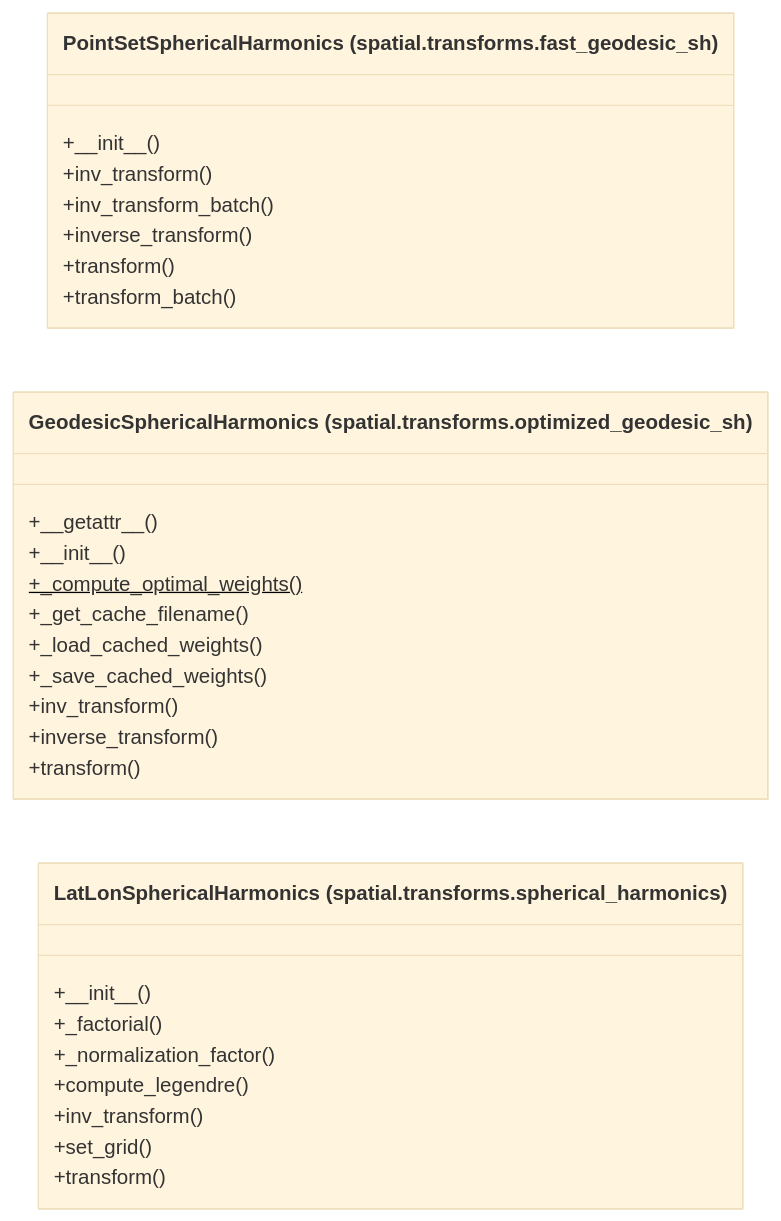
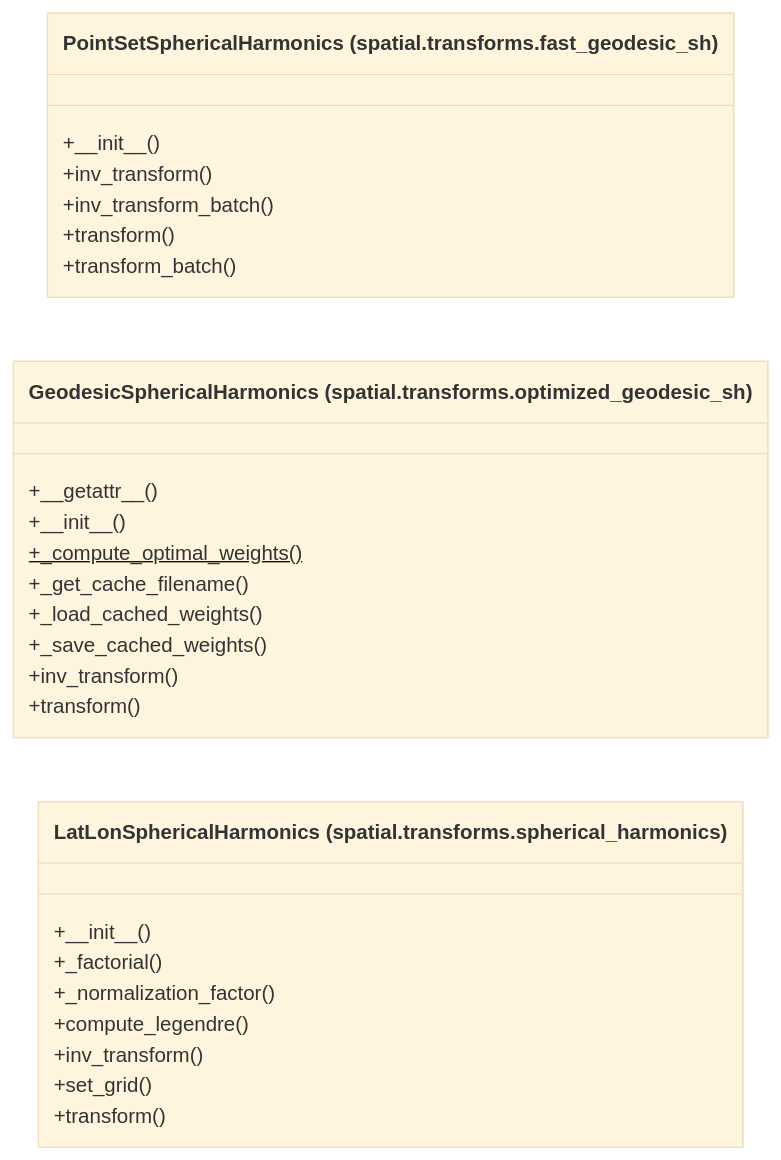
One commit to AlexandreEros/Palintropos changed the diagram in docs/architecture/current/classes/tropoi.spatial.transforms.mmd. Above: the diagram before and after it, drawn with Mermaid (base theme). The commit also changed 45 other files, not shown here.

```diff
--- a/docs/architecture/current/classes/tropoi.spatial.transforms.mmd
+++ b/docs/architecture/current/classes/tropoi.spatial.transforms.mmd
@@ -1,29 +1,27 @@
 %% Generated by tools.architecture 1.0.0. Do not edit by hand.
 %% All classes defined in package tropoi.spatial.transforms.
 classDiagram
     direction LR
     class c_tropoi_ospatial_otransforms_ofast__geodesic__sh_oPointSetSphericalHarmonics["PointSetSphericalHarmonics (spatial.transforms.fast_geodesic_sh)"]
     c_tropoi_ospatial_otransforms_ofast__geodesic__sh_oPointSetSphericalHarmonics : +#95;#95;init#95;#95;()
     c_tropoi_ospatial_otransforms_ofast__geodesic__sh_oPointSetSphericalHarmonics : +inv#95;transform()
     c_tropoi_ospatial_otransforms_ofast__geodesic__sh_oPointSetSphericalHarmonics : +inv#95;transform#95;batch()
-    c_tropoi_ospatial_otransforms_ofast__geodesic__sh_oPointSetSphericalHarmonics : +inverse#95;transform()
     c_tropoi_ospatial_otransforms_ofast__geodesic__sh_oPointSetSphericalHarmonics : +transform()
     c_tropoi_ospatial_otransforms_ofast__geodesic__sh_oPointSetSphericalHarmonics : +transform#95;batch()
     class c_tropoi_ospatial_otransforms_ooptimized__geodesic__sh_oGeodesicSphericalHarmonics["GeodesicSphericalHarmonics (spatial.transforms.optimized_geodesic_sh)"]
     c_tropoi_ospatial_otransforms_ooptimized__geodesic__sh_oGeodesicSphericalHarmonics : +#95;#95;getattr#95;#95;()
     c_tropoi_ospatial_otransforms_ooptimized__geodesic__sh_oGeodesicSphericalHarmonics : +#95;#95;init#95;#95;()
     c_tropoi_ospatial_otransforms_ooptimized__geodesic__sh_oGeodesicSphericalHarmonics : +#95;compute#95;optimal#95;weights()$
     c_tropoi_ospatial_otransforms_ooptimized__geodesic__sh_oGeodesicSphericalHarmonics : +#95;get#95;cache#95;filename()
     c_tropoi_ospatial_otransforms_ooptimized__geodesic__sh_oGeodesicSphericalHarmonics : +#95;load#95;cached#95;weights()
     c_tropoi_ospatial_otransforms_ooptimized__geodesic__sh_oGeodesicSphericalHarmonics : +#95;save#95;cached#95;weights()
     c_tropoi_ospatial_otransforms_ooptimized__geodesic__sh_oGeodesicSphericalHarmonics : +inv#95;transform()
-    c_tropoi_ospatial_otransforms_ooptimized__geodesic__sh_oGeodesicSphericalHarmonics : +inverse#95;transform()
     c_tropoi_ospatial_otransforms_ooptimized__geodesic__sh_oGeodesicSphericalHarmonics : +transform()
     class c_tropoi_ospatial_otransforms_ospherical__harmonics_oLatLonSphericalHarmonics["LatLonSphericalHarmonics (spatial.transforms.spherical_harmonics)"]
     c_tropoi_ospatial_otransforms_ospherical__harmonics_oLatLonSphericalHarmonics : +#95;#95;init#95;#95;()
     c_tropoi_ospatial_otransforms_ospherical__harmonics_oLatLonSphericalHarmonics : +#95;factorial()
     c_tropoi_ospatial_otransforms_ospherical__harmonics_oLatLonSphericalHarmonics : +#95;normalization#95;factor()
     c_tropoi_ospatial_otransforms_ospherical__harmonics_oLatLonSphericalHarmonics : +compute#95;legendre()
     c_tropoi_ospatial_otransforms_ospherical__harmonics_oLatLonSphericalHarmonics : +inv#95;transform()
     c_tropoi_ospatial_otransforms_ospherical__harmonics_oLatLonSphericalHarmonics : +set#95;grid()
     c_tropoi_ospatial_otransforms_ospherical__harmonics_oLatLonSphericalHarmonics : +transform()
```
